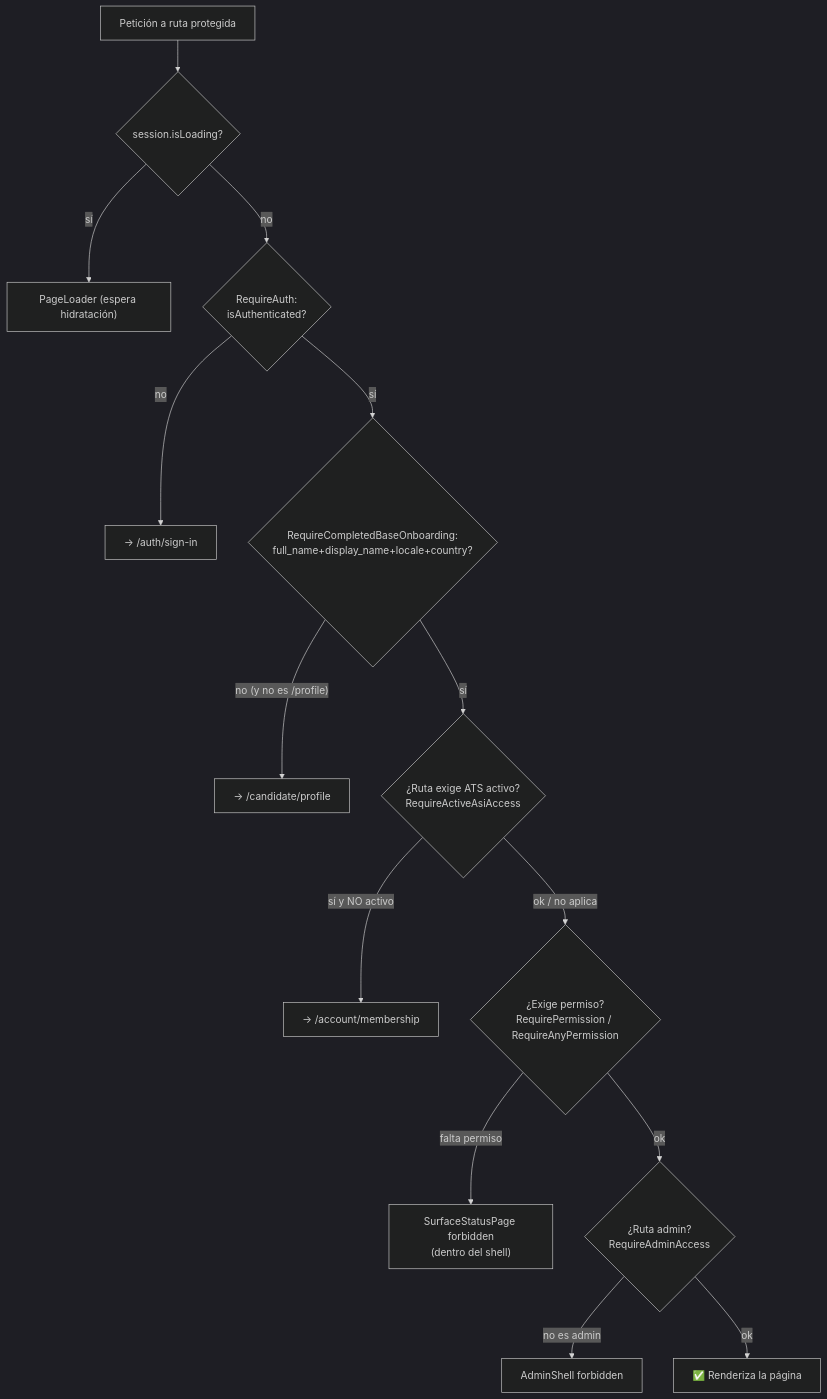
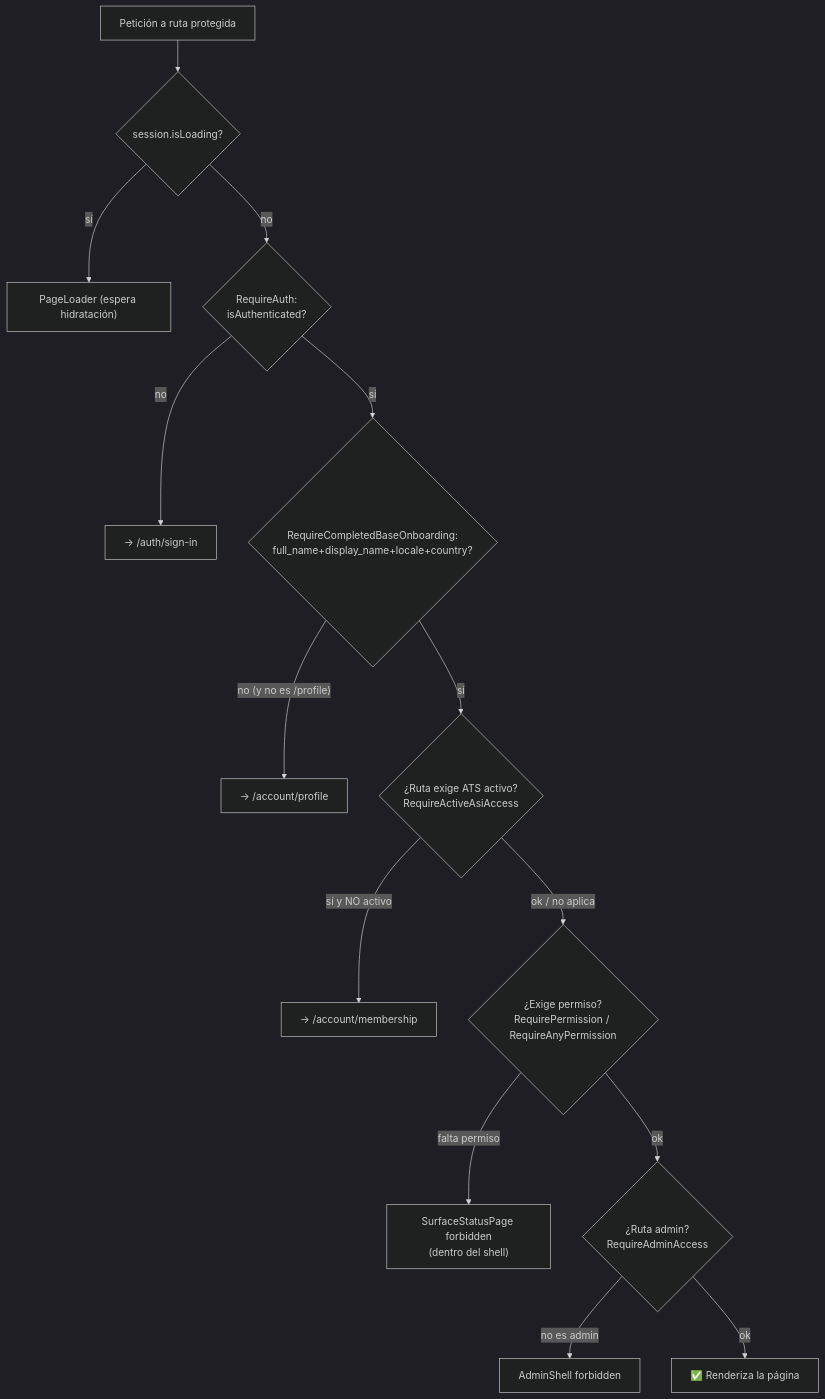
One commit to EdgarJr30/asi_do changed the fourth of 23 diagrams in docs/architecture/plataforma-flujograma.md. Above: the diagram before and after it, drawn with Mermaid (dark theme). The commit also changed other lines of this file and 32 other files, not shown here.

````diff
--- a/docs/architecture/plataforma-flujograma.md
+++ b/docs/architecture/plataforma-flujograma.md
@@ -158,16 +158,16 @@
 ```mermaid
 flowchart TB
     REQ["Petición a ruta protegida"] --> G0{"session.isLoading?"}
     G0 -->|"sí"| LOAD["PageLoader (espera hidratación)"]
     G0 -->|"no"| G1{"RequireAuth:<br/>isAuthenticated?"}
     G1 -->|"no"| SIGNIN["→ /auth/sign-in"]
     G1 -->|"sí"| G2{"RequireCompletedBaseOnboarding:<br/>full_name+display_name+locale+country?"}
-    G2 -->|"no (y no es /profile)"| PROFILE["→ /candidate/profile"]
+    G2 -->|"no (y no es /profile)"| PROFILE["→ /account/profile"]
     G2 -->|"sí"| G3{"¿Ruta exige ATS activo?<br/>RequireActiveAsiAccess"}
     G3 -->|"sí y NO activo"| MEMBPANEL["→ /account/membership"]
     G3 -->|"ok / no aplica"| G4{"¿Exige permiso?<br/>RequirePermission / RequireAnyPermission"}
     G4 -->|"falta permiso"| FORBID["SurfaceStatusPage forbidden<br/>(dentro del shell)"]
     G4 -->|"ok"| G5{"¿Ruta admin?<br/>RequireAdminAccess"}
     G5 -->|"no es admin"| FORBIDADMIN["AdminShell forbidden"]
     G5 -->|"ok"| RENDER["✅ Renderiza la página"]
 ```
````
